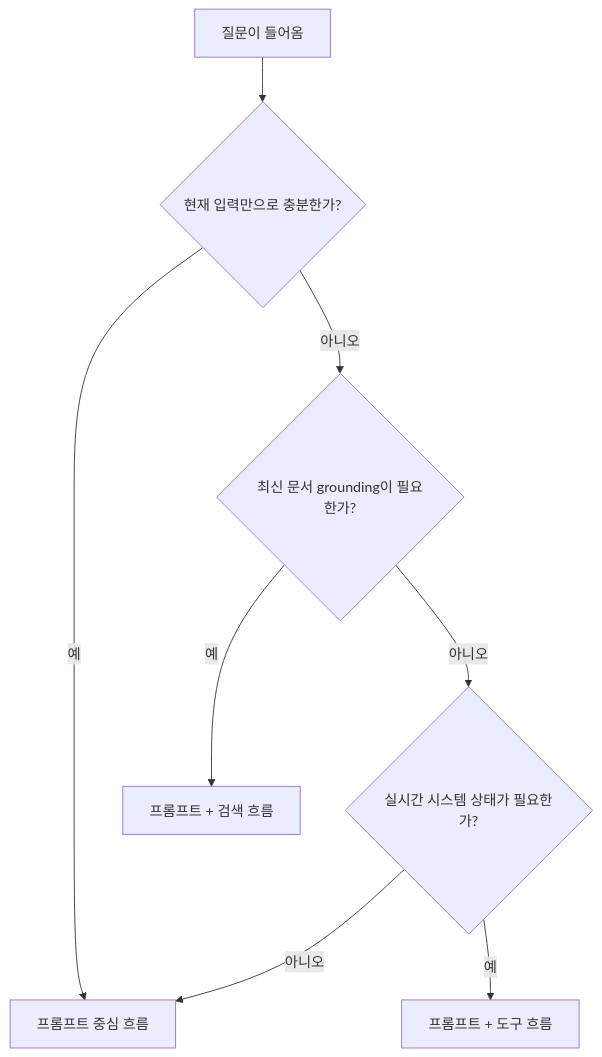
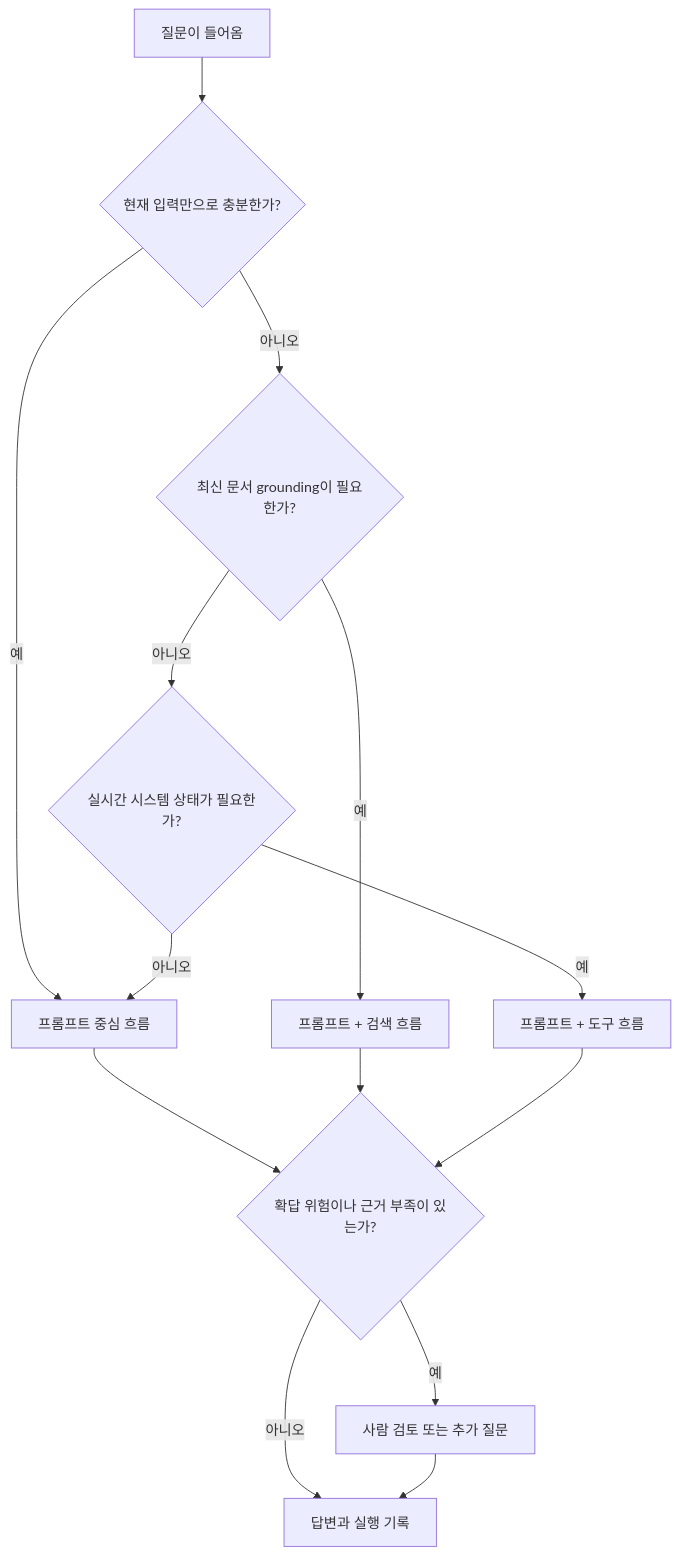
One commit to devchan64/AiBook changed the diagram in docs/assets/part-06/chapter-18/p6-c18-s01-request-routing-ko.mmd. Above: the diagram before and after it, drawn with Mermaid. The commit also changed 43 other files, not shown here.

```diff
--- a/docs/assets/part-06/chapter-18/p6-c18-s01-request-routing-ko.mmd
+++ b/docs/assets/part-06/chapter-18/p6-c18-s01-request-routing-ko.mmd
@@ -1,16 +1,25 @@
 flowchart TD
   A["질문이 들어옴"]
   B{"현재 입력만으로 충분한가?"}
   C{"최신 문서 grounding이 필요한가?"}
   D{"실시간 시스템 상태가 필요한가?"}
+  H{"확답 위험이나 근거 부족이 있는가?"}
   E["프롬프트 중심 흐름"]
   F["프롬프트 + 검색 흐름"]
   G["프롬프트 + 도구 흐름"]
+  I["사람 검토 또는 추가 질문"]
+  J["답변과 실행 기록"]
 
   A --> B
   B -->|예| E
   B -->|아니오| C
   C -->|예| F
   C -->|아니오| D
   D -->|예| G
   D -->|아니오| E
+  E --> H
+  F --> H
+  G --> H
+  H -->|예| I
+  H -->|아니오| J
+  I --> J
```
